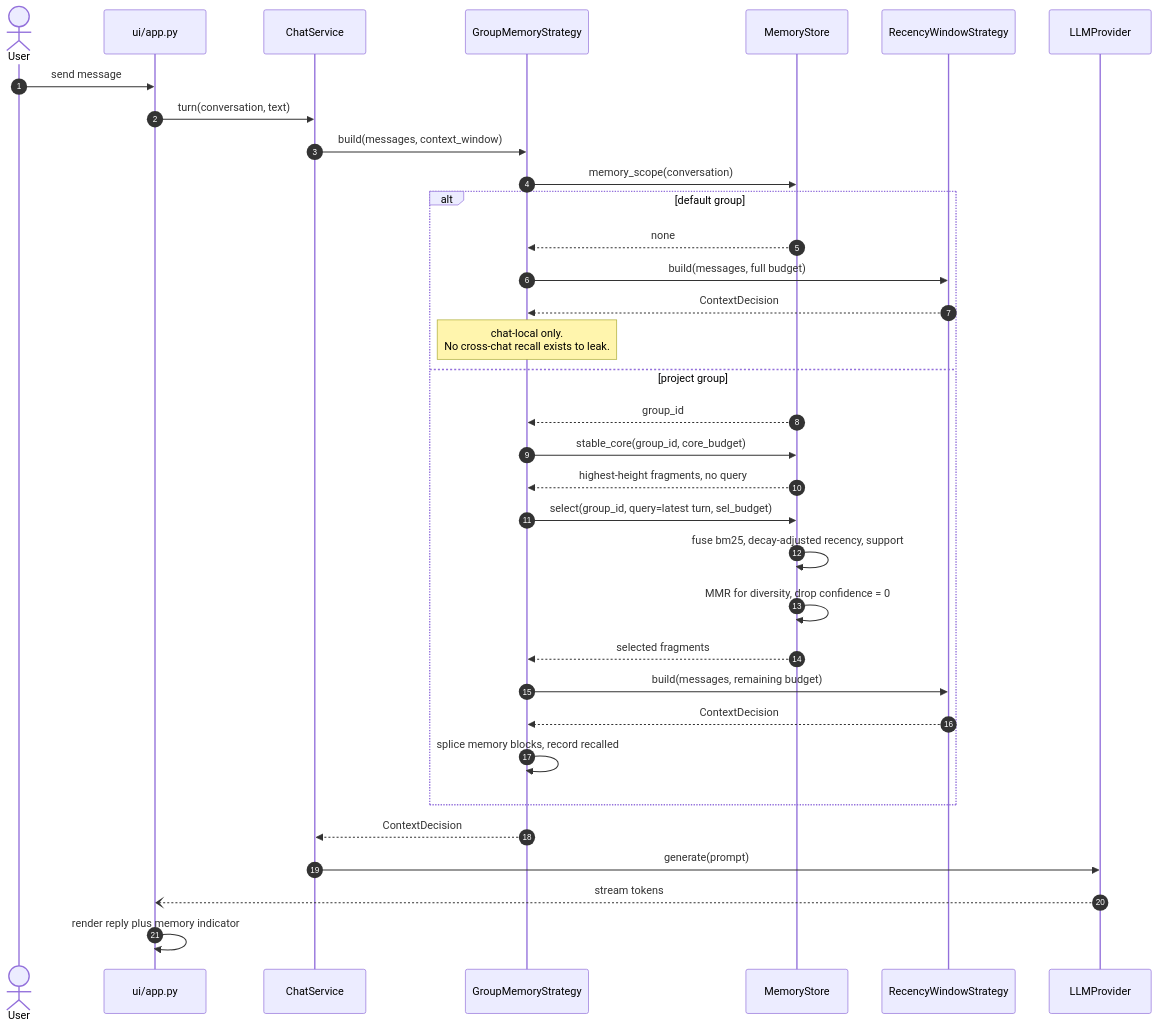
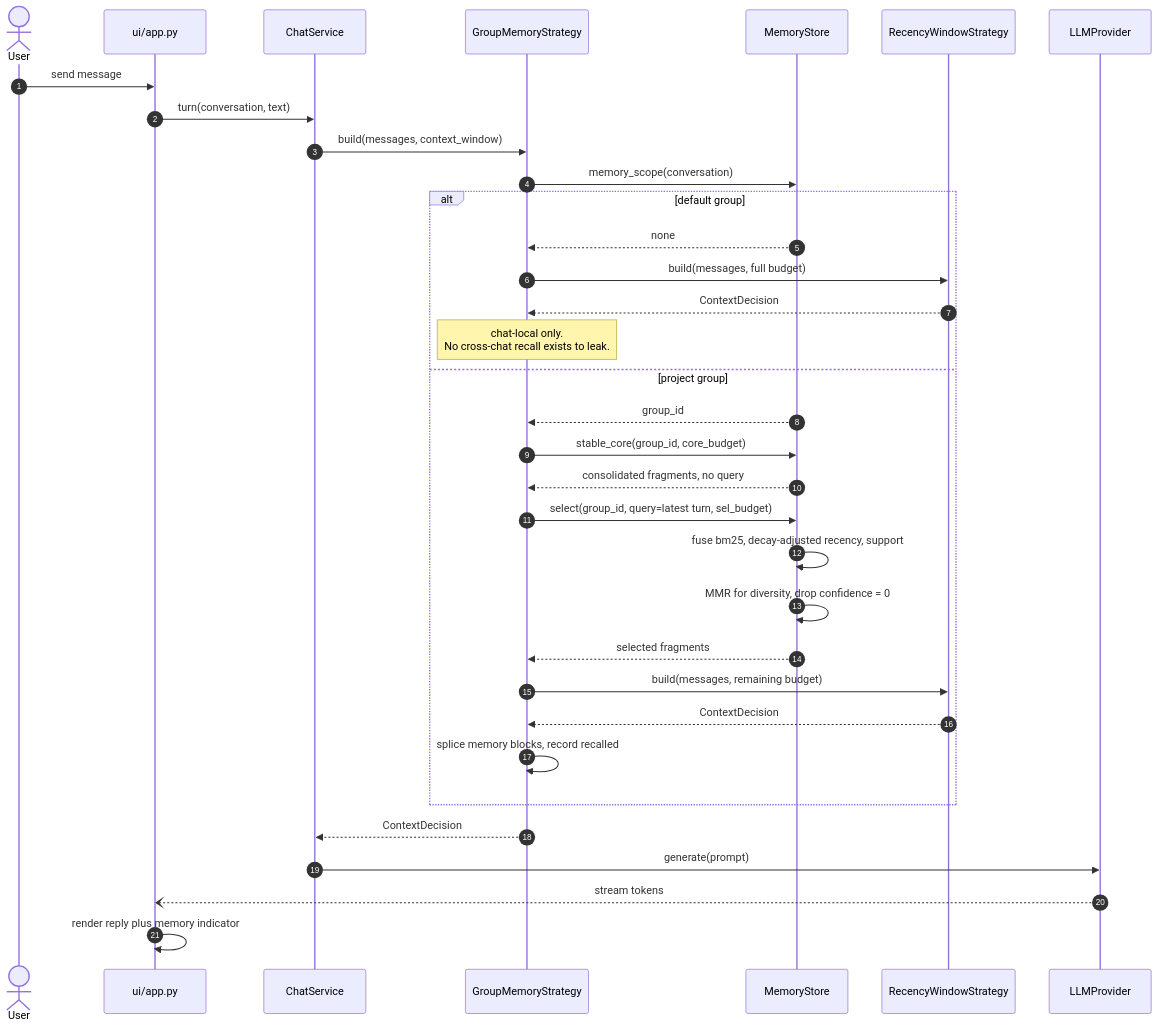
The seventh of 11 diagrams in docs/plans/memory-and-groups.md (Alorcus/agent_project), drawn with Mermaid before and after one commit. The commit also changed other lines of this file, not shown here.

````diff
--- a/docs/plans/memory-and-groups.md
+++ b/docs/plans/memory-and-groups.md
@@ -544,39 +556,39 @@
 ```mermaid
 sequenceDiagram
     autonumber
     actor User
     participant App as ui/app.py
     participant Chat as ChatService
     participant GMS as GroupMemoryStrategy
     participant Store as MemoryStore
     participant Inner as RecencyWindowStrategy
     participant LLM as LLMProvider
 
     User->>App: send message
     App->>Chat: turn(conversation, text)
     Chat->>GMS: build(messages, context_window)
 
     GMS->>Store: memory_scope(conversation)
     alt default group
         Store-->>GMS: none
         GMS->>Inner: build(messages, full budget)
         Inner-->>GMS: ContextDecision
         Note over GMS: chat-local only.<br/>No cross-chat recall exists to leak.
     else project group
         Store-->>GMS: group_id
         GMS->>Store: stable_core(group_id, core_budget)
-        Store-->>GMS: highest-height fragments, no query
+        Store-->>GMS: consolidated fragments, no query
         GMS->>Store: select(group_id, query=latest turn, sel_budget)
         Store->>Store: fuse bm25, decay-adjusted recency, support
         Store->>Store: MMR for diversity, drop confidence = 0
         Store-->>GMS: selected fragments
         GMS->>Inner: build(messages, remaining budget)
         Inner-->>GMS: ContextDecision
         GMS->>GMS: splice memory blocks, record recalled
     end
 
     GMS-->>Chat: ContextDecision
     Chat->>LLM: generate(prompt)
     LLM--)App: stream tokens
     App->>App: render reply plus memory indicator
 ```
````
